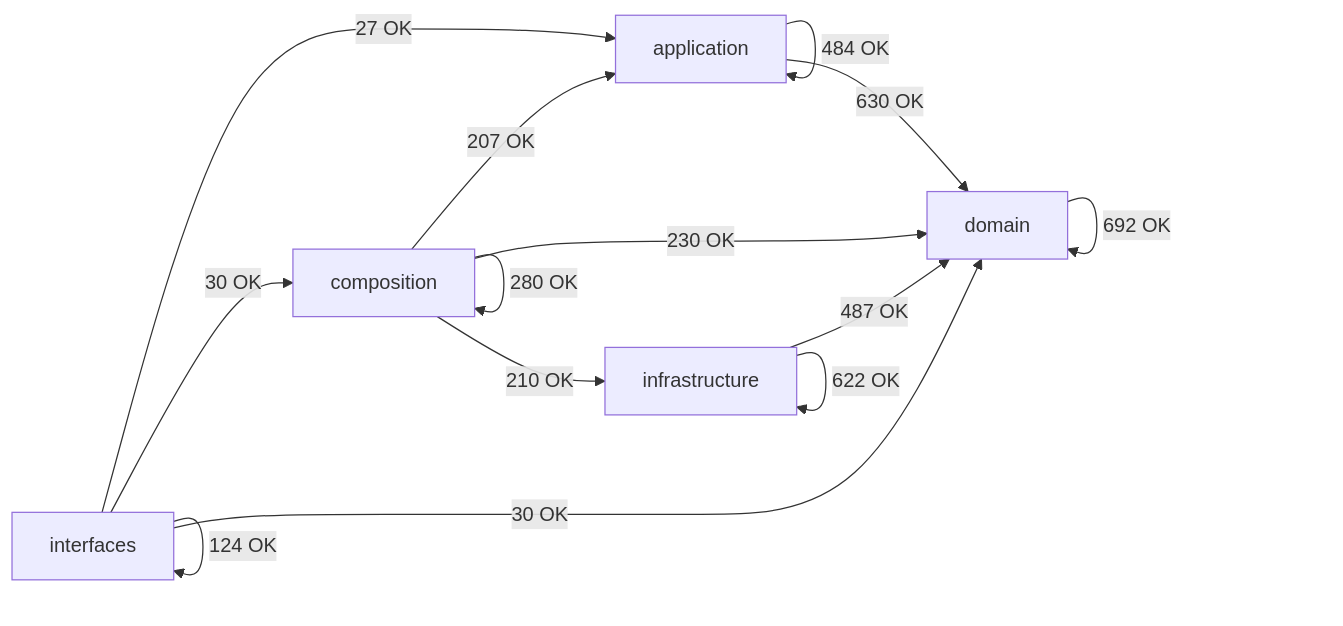
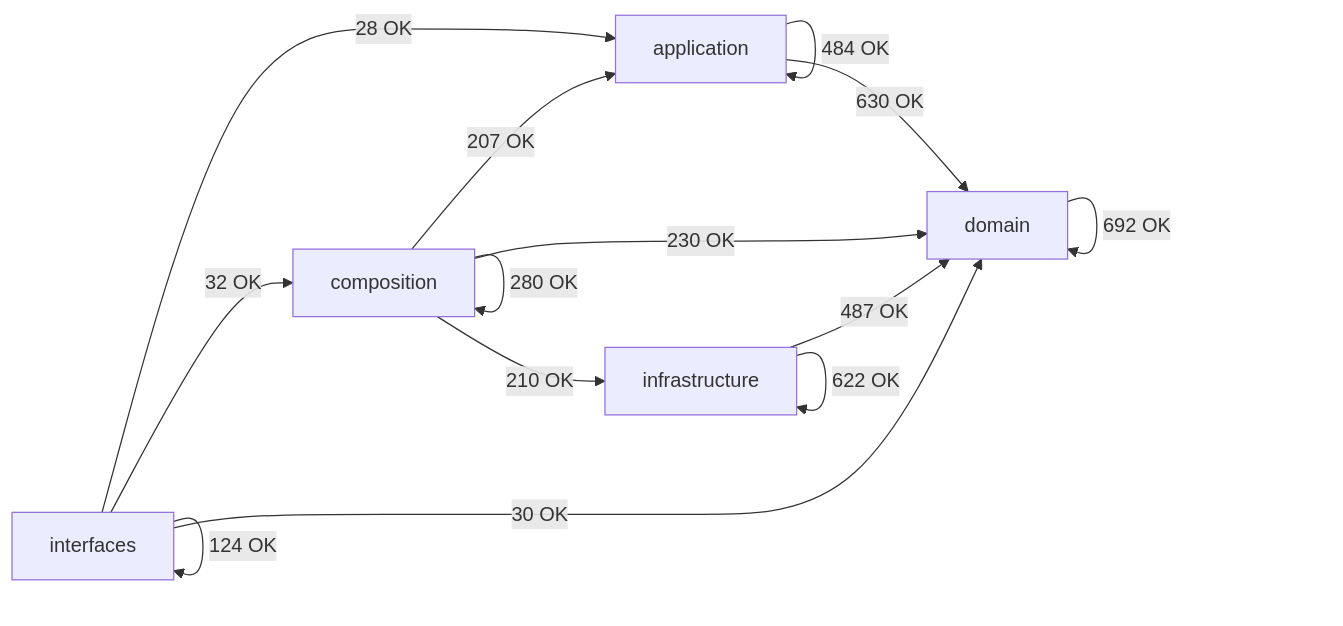
Before and after one commit to SatoryKono/BioactivityDataAcquisition: the diagram in docs/02-architecture/generated/module-dependency-map.md, drawn with Mermaid. The commit also changed other lines of this file and 25 other files, not shown here.

````diff
--- a/docs/02-architecture/generated/module-dependency-map.md
+++ b/docs/02-architecture/generated/module-dependency-map.md
@@ -16,21 +16,21 @@
 ```mermaid
 flowchart LR
     domain[domain]
     application[application]
     infrastructure[infrastructure]
     composition[composition]
     interfaces[interfaces]
     application -->|484 OK| application
     application -->|630 OK| domain
     composition -->|207 OK| application
     composition -->|280 OK| composition
     composition -->|230 OK| domain
     composition -->|210 OK| infrastructure
     domain -->|692 OK| domain
     infrastructure -->|487 OK| domain
     infrastructure -->|622 OK| infrastructure
-    interfaces -->|27 OK| application
-    interfaces -->|30 OK| composition
+    interfaces -->|28 OK| application
+    interfaces -->|32 OK| composition
     interfaces -->|30 OK| domain
     interfaces -->|124 OK| interfaces
 ```
````
